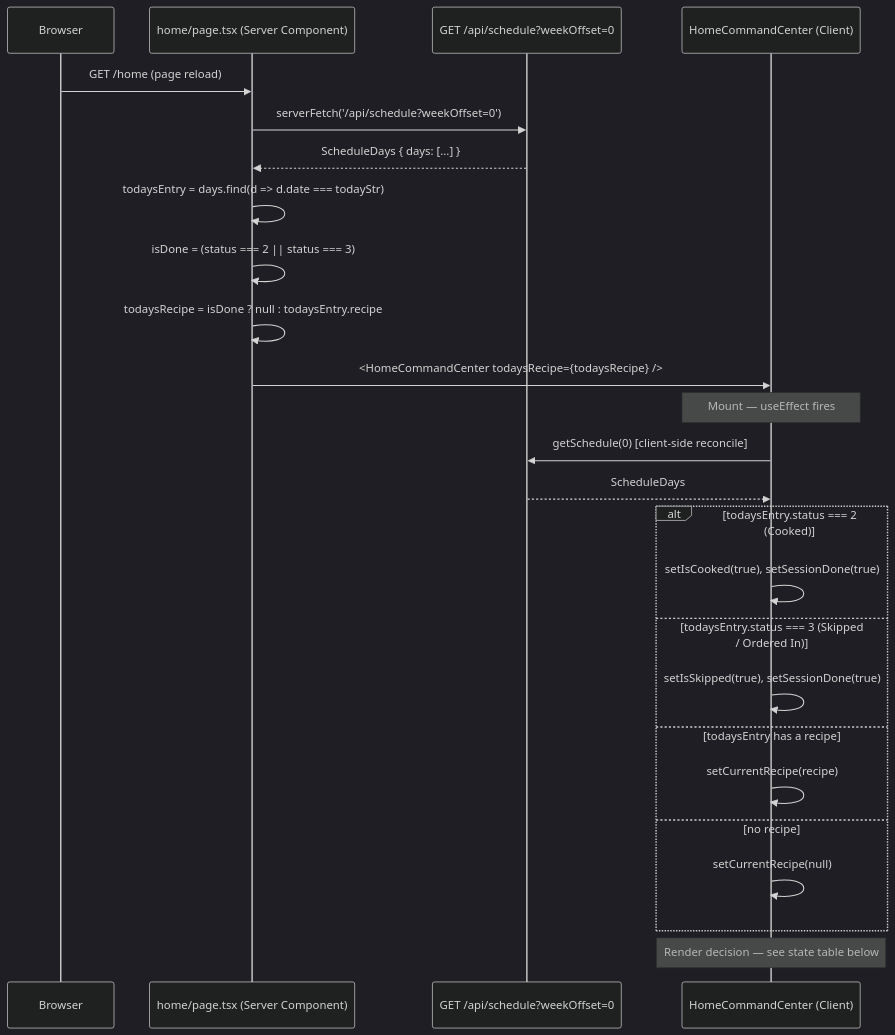
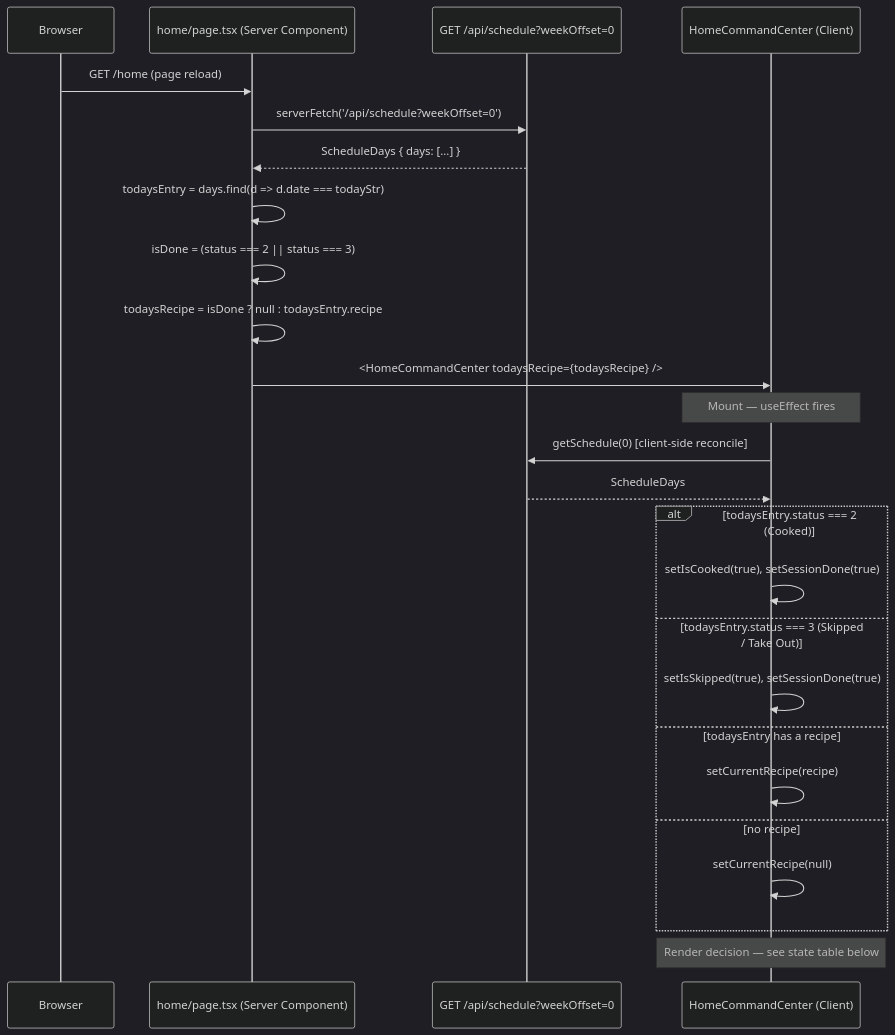
Before and after one commit to AlexandreBrisebois/whats-for-supper: the third of 3 diagrams in docs/flows/user-flows/order-in-flow.md, drawn with Mermaid (dark theme). The commit also changed other lines of this file and 115 other files, not shown here.

````diff
--- a/docs/flows/user-flows/order-in-flow.md
+++ b/docs/flows/user-flows/order-in-flow.md
@@ -96,34 +96,34 @@
 ```mermaid
 sequenceDiagram
     participant Browser
     participant NextSSR as home/page.tsx (Server Component)
     participant ScheduleAPI as GET /api/schedule?weekOffset=0
     participant HCC as HomeCommandCenter (Client)
 
     Browser->>NextSSR: GET /home (page reload)
     NextSSR->>ScheduleAPI: serverFetch('/api/schedule?weekOffset=0')
     ScheduleAPI-->>NextSSR: ScheduleDays { days: [...] }
 
     NextSSR->>NextSSR: todaysEntry = days.find(d => d.date === todayStr)
     NextSSR->>NextSSR: isDone = (status === 2 || status === 3)
     NextSSR->>NextSSR: todaysRecipe = isDone ? null : todaysEntry.recipe
 
     NextSSR->>HCC: <HomeCommandCenter todaysRecipe={todaysRecipe} />
 
     Note over HCC: Mount — useEffect fires
 
     HCC->>ScheduleAPI: getSchedule(0)  [client-side reconcile]
     ScheduleAPI-->>HCC: ScheduleDays
 
     alt todaysEntry.status === 2 (Cooked)
         HCC->>HCC: setIsCooked(true), setSessionDone(true)
-    else todaysEntry.status === 3 (Skipped / Ordered In)
+    else todaysEntry.status === 3 (Skipped / Take Out)
         HCC->>HCC: setIsSkipped(true), setSessionDone(true)
     else todaysEntry has a recipe
         HCC->>HCC: setCurrentRecipe(recipe)
     else no recipe
         HCC->>HCC: setCurrentRecipe(null)
     end
 
     Note over HCC: Render decision — see state table below
 ```
````
